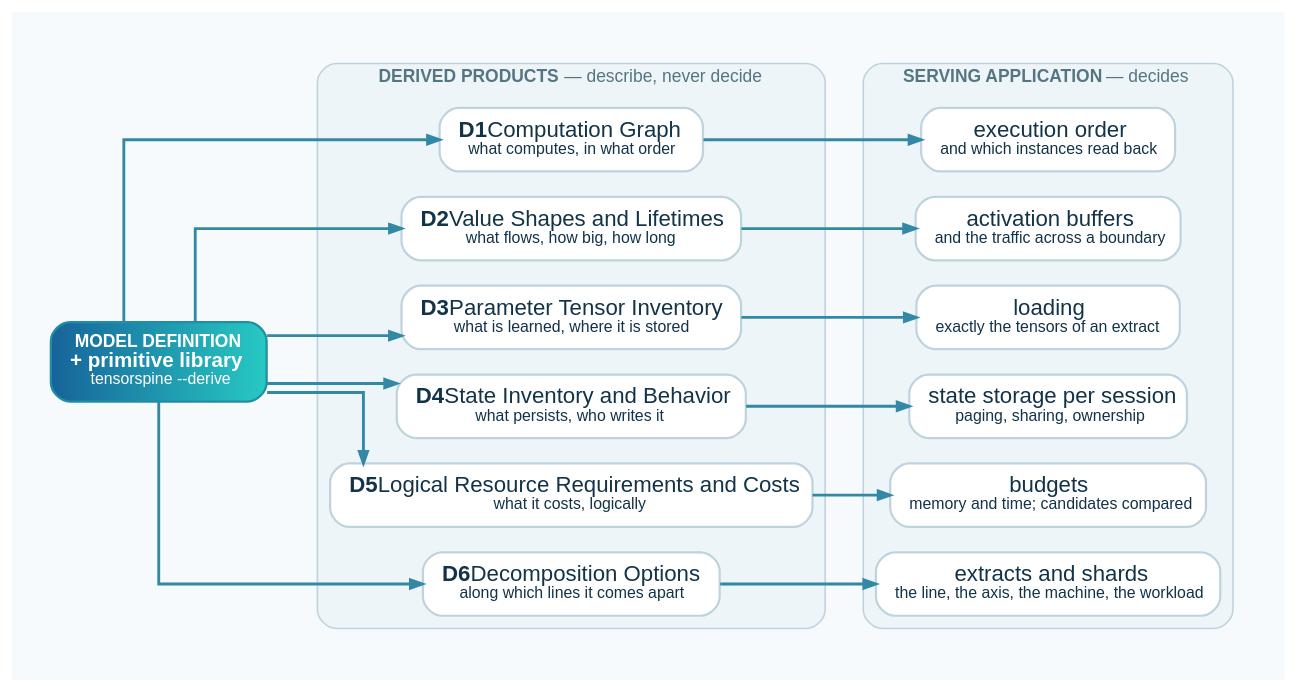
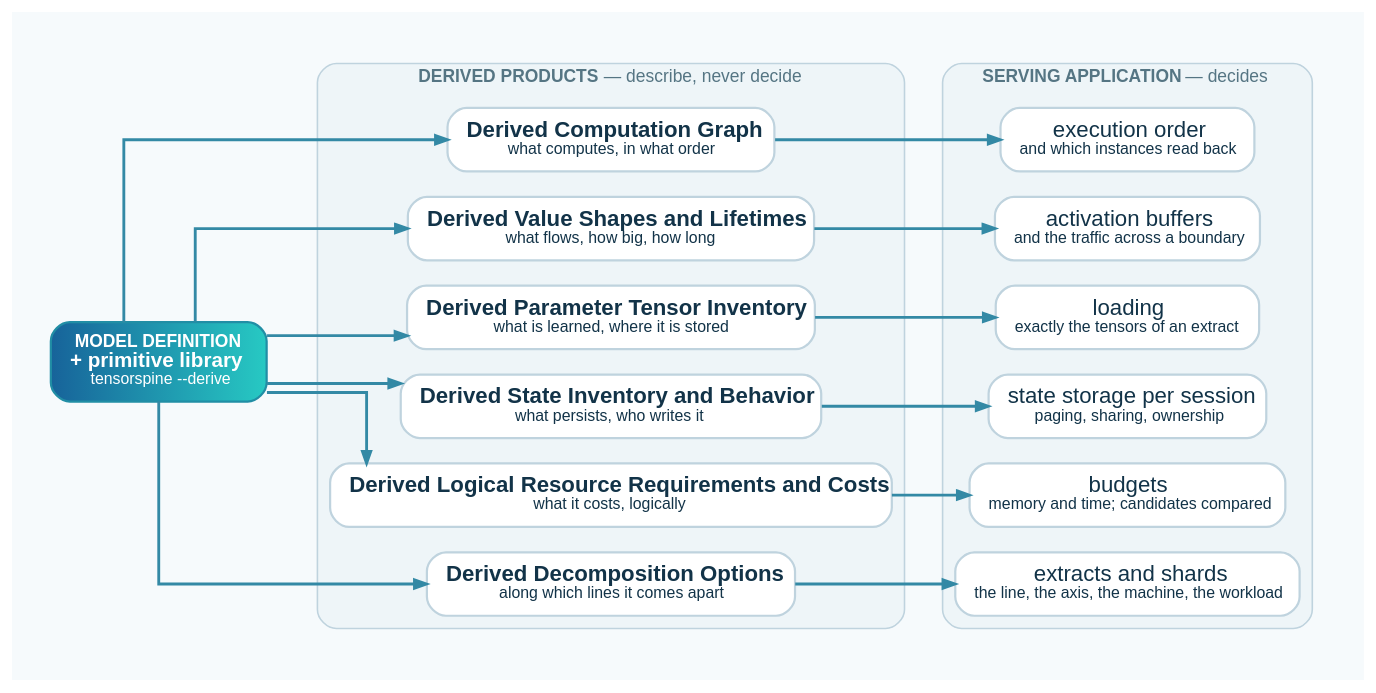
Before and after one commit to maneex/tensorspine: the diagram in docs/derived-products.dot, drawn with Graphviz. The commit also changed 5 other files, not shown here.

Commit message:
docs: the reading guide and its diagrams name the derived products instead of numbering them — Derived Computation Graph, Value Shapes and Lifetimes, Parameter Tensor Inventory, State Inventory and Behavior, Logical Resource Requirements and Costs, Decomposition Options

```diff
--- a/docs/derived-products.dot
+++ b/docs/derived-products.dot
@@ -1,32 +1,32 @@
 // Render with: dot -Tsvg docs/derived-products.dot -o docs/derived-products.svg
 digraph derived_products {
   graph [rankdir=LR, bgcolor="#F6FAFC", pad="0.34", nodesep="0.22", ranksep="0.55", splines=ortho, fontname="Arial"];
   node [shape=box, style="rounded,filled", fontname="Arial", color="#BFD3DE", fillcolor="#FFFFFF", fontcolor="#123348", penwidth=1.4, margin="0.16,0.11"];
   edge [color="#3389A5", fontname="Arial", fontcolor="#557583", fontsize=10, penwidth=1.8, arrowsize=0.75];
 
   model [color="#218EA5", fillcolor="#17639A:#27C9C3", gradientangle=0, fontcolor="#FFFFFF",
          label=<<FONT POINT-SIZE="11"><B>MODEL DEFINITION</B></FONT><BR/><FONT POINT-SIZE="13"><B>+ primitive library</B></FONT><BR/><FONT POINT-SIZE="10">tensorspine --derive</FONT>>];
 
   subgraph cluster_products {
     label=<<FONT POINT-SIZE="11"><B>DERIVED PRODUCTS</B> — describe, never decide</FONT>>; fontname="Arial"; fontcolor="#557583"; color="#BFD3DE"; style="rounded"; bgcolor="#EEF5F8";
-    d1 [label=<<B>D1</B> Computation Graph<BR/><FONT POINT-SIZE="10">what computes, in what order</FONT>>];
-    d2 [label=<<B>D2</B> Value Shapes and Lifetimes<BR/><FONT POINT-SIZE="10">what flows, how big, how long</FONT>>];
-    d3 [label=<<B>D3</B> Parameter Tensor Inventory<BR/><FONT POINT-SIZE="10">what is learned, where it is stored</FONT>>];
-    d4 [label=<<B>D4</B> State Inventory and Behavior<BR/><FONT POINT-SIZE="10">what persists, who writes it</FONT>>];
-    d5 [label=<<B>D5</B> Logical Resource Requirements and Costs<BR/><FONT POINT-SIZE="10">what it costs, logically</FONT>>];
-    d6 [label=<<B>D6</B> Decomposition Options<BR/><FONT POINT-SIZE="10">along which lines it comes apart</FONT>>];
+    d1 [label=<<B>Derived Computation Graph</B><BR/><FONT POINT-SIZE="10">what computes, in what order</FONT>>];
+    d2 [label=<<B>Derived Value Shapes and Lifetimes</B><BR/><FONT POINT-SIZE="10">what flows, how big, how long</FONT>>];
+    d3 [label=<<B>Derived Parameter Tensor Inventory</B><BR/><FONT POINT-SIZE="10">what is learned, where it is stored</FONT>>];
+    d4 [label=<<B>Derived State Inventory and Behavior</B><BR/><FONT POINT-SIZE="10">what persists, who writes it</FONT>>];
+    d5 [label=<<B>Derived Logical Resource Requirements and Costs</B><BR/><FONT POINT-SIZE="10">what it costs, logically</FONT>>];
+    d6 [label=<<B>Derived Decomposition Options</B><BR/><FONT POINT-SIZE="10">along which lines it comes apart</FONT>>];
   }
 
   subgraph cluster_serving {
     label=<<FONT POINT-SIZE="11"><B>SERVING APPLICATION</B> — decides</FONT>>; fontname="Arial"; fontcolor="#557583"; color="#BFD3DE"; style="rounded"; bgcolor="#EEF5F8";
     s1 [label=<execution order<BR/><FONT POINT-SIZE="10">and which instances read back</FONT>>];
     s2 [label=<activation buffers<BR/><FONT POINT-SIZE="10">and the traffic across a boundary</FONT>>];
     s3 [label=<loading<BR/><FONT POINT-SIZE="10">exactly the tensors of an extract</FONT>>];
     s4 [label=<state storage per session<BR/><FONT POINT-SIZE="10">paging, sharing, ownership</FONT>>];
     s5 [label=<budgets<BR/><FONT POINT-SIZE="10">memory and time; candidates compared</FONT>>];
     s6 [label=<extracts and shards<BR/><FONT POINT-SIZE="10">the line, the axis, the machine, the workload</FONT>>];
   }
 
   model -> d1; model -> d2; model -> d3; model -> d4; model -> d5; model -> d6;
   d1 -> s1; d2 -> s2; d3 -> s3; d4 -> s4; d5 -> s5; d6 -> s6;
 }
```
